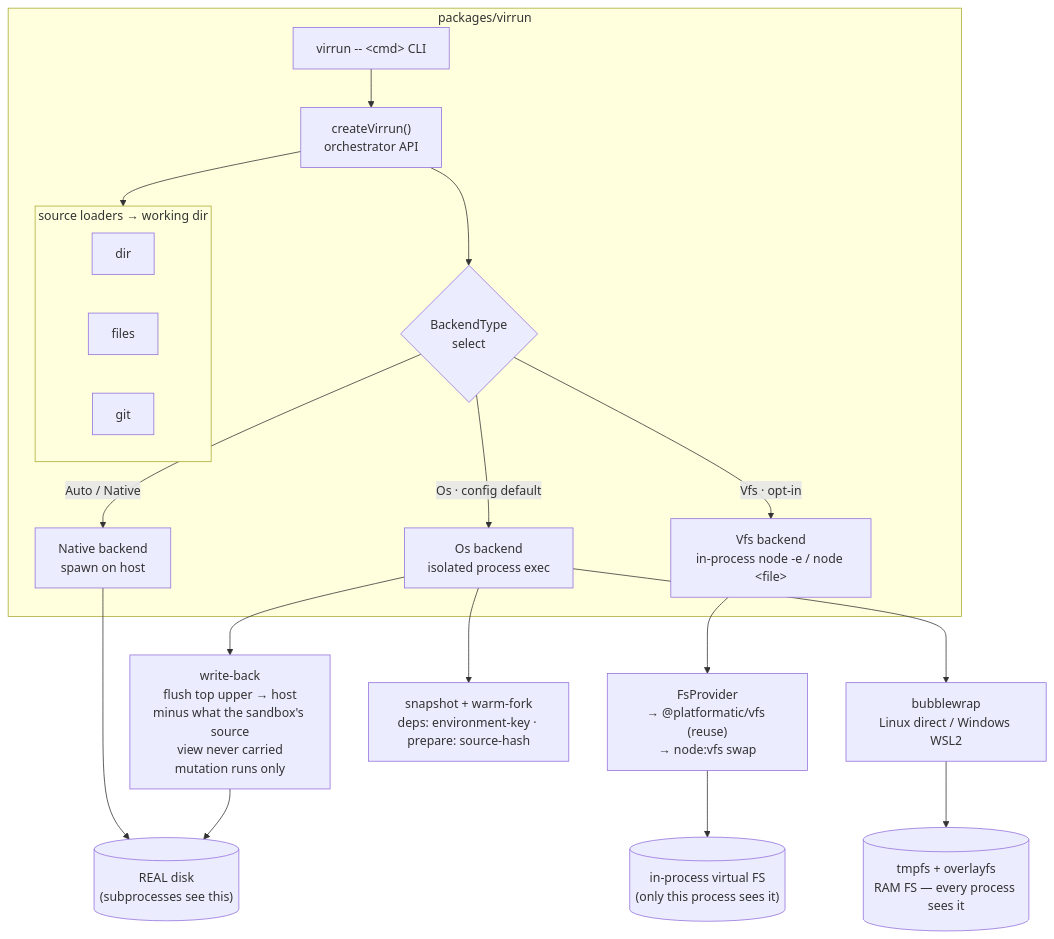
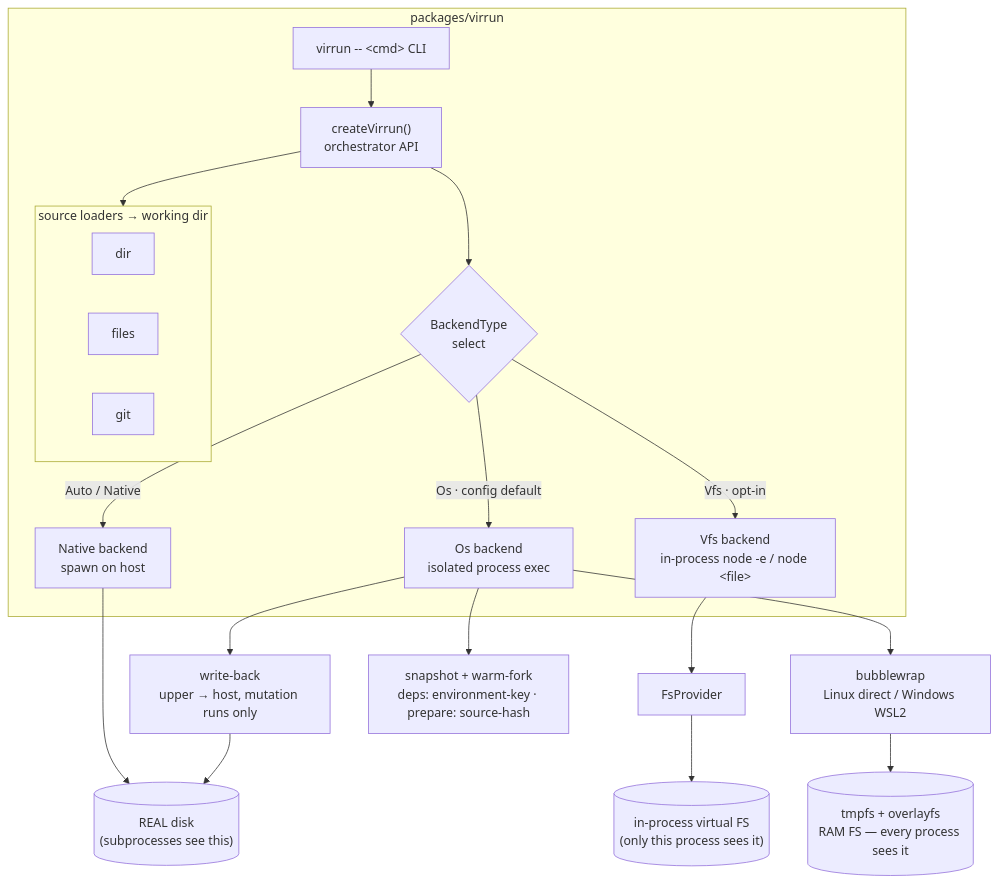
The diagram in packages/app/content/docs/virrun/architecture.md (Esposter/Esposter), drawn with Mermaid before and after one commit. The commit also changed 8 other files, not shown here.

First line of the commit message:
docs(diagrams): sweep esbabbler/ and virrun/

````diff
--- a/packages/app/content/docs/virrun/architecture.md
+++ b/packages/app/content/docs/virrun/architecture.md
@@ -12,30 +12,30 @@
 ```mermaid
 flowchart TB
     subgraph pkg["packages/virrun"]
         cli["virrun -- &lt;cmd&gt; CLI"]
         api["createVirrun()<br/>orchestrator API"]
         cli --> api
 
         subgraph src["source loaders → working dir"]
             direction LR
             dir["dir"]
             files["files"]
             git["git"]
         end
         api --> src
 
         api --> pick{"BackendType<br/>select"}
         pick -->|Auto / Native| native["Native backend<br/>spawn on host"]
         pick -->|Vfs · opt-in| vfs["Vfs backend<br/>in-process node -e / node &lt;file&gt;"]
         pick -->|Os · config default| os["Os backend<br/>isolated process exec"]
     end
 
     native --> disk[("REAL disk<br/>(subprocesses see this)")]
-    vfs --> fsp["FsProvider<br/>→ @platformatic/vfs (reuse)<br/>→ node:vfs swap"]
+    vfs --> fsp["FsProvider"]
     fsp --> vmem[("in-process virtual FS<br/>(only this process sees it)")]
     os --> sandboxprim["bubblewrap<br/>Linux direct / Windows WSL2"]
     sandboxprim --> ram[("tmpfs + overlayfs<br/>RAM FS — every process sees it")]
     os --> snap["snapshot + warm-fork<br/>deps: environment-key · prepare: source-hash"]
-    os --> wb["write-back<br/>flush top upper → host<br/>minus what the sandbox's source<br/>view never carried<br/>mutation runs only"]
+    os --> wb["write-back<br/>upper → host, mutation runs only"]
     wb --> disk
 ```
````
